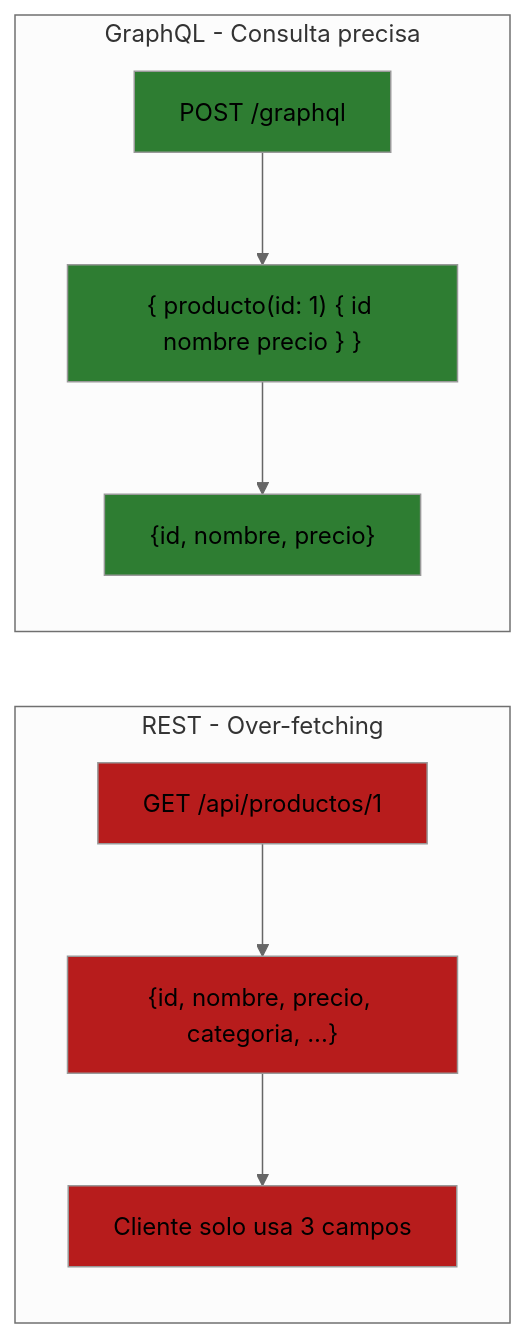
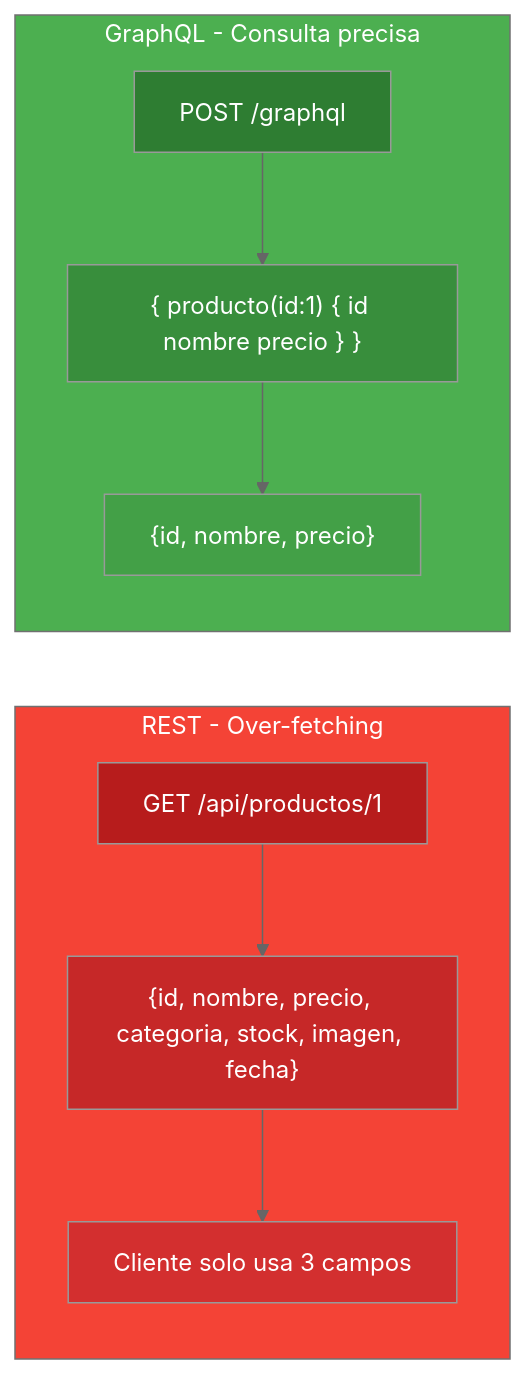
The first of 10 diagrams in 19-graphql.md (joseluisgs/DesarrolloWebEntornosServidor-02-2026-2027), drawn with Mermaid (neutral theme) before and after one commit. The commit also changed other lines of this file and 1 other file, not shown here.

Commit message:
Reorder sections in README.md: moved "Apis con GraphQL", "Logging", and "Email Services" to correct positions

````diff
--- a/19-graphql.md
+++ b/19-graphql.md
@@ -26,18 +70,21 @@
 ```mermaid
 graph LR
-    subgraph "REST - Over-fetching"
-        A1["GET /api/productos/1"] --> A2["{id, nombre, precio, categoria, ...}"]
-        A2 --> A3["Cliente solo usa 3 campos"]
-        style A1 fill:#B71C1C
-        style A2 fill:#B71C1C
-        style A3 fill:#B71C1C
+    subgraph REST["REST - Over-fetching"]
+        R1["GET /api/productos/1"] --> R2["{id, nombre, precio, categoria, stock, imagen, fecha}"]
+        R2 --> R3["Cliente solo usa 3 campos"]
     end
-    
-    subgraph "GraphQL - Consulta precisa"
-        B1["POST /graphql"] --> B2["{ producto(id: 1) { id nombre precio } }"]
-        B2 --> B3["{id, nombre, precio}"]
-        style B1 fill:#2E7D32
-        style B2 fill:#2E7D32
-        style B3 fill:#2E7D32
+
+    subgraph GQL["GraphQL - Consulta precisa"]
+        G1["POST /graphql"] --> G2["{ producto(id:1) { id nombre precio } }"]
+        G2 --> G3["{id, nombre, precio}"]
     end
+
+    style REST fill:#f44336,color:#fff
+    style GQL fill:#4CAF50,color:#fff
+    style R1 fill:#B71C1C,color:#fff
+    style R2 fill:#C62828,color:#fff
+    style R3 fill:#D32F2F,color:#fff
+    style G1 fill:#2E7D32,color:#fff
+    style G2 fill:#388E3C,color:#fff
+    style G3 fill:#43A047,color:#fff
 ```
````
